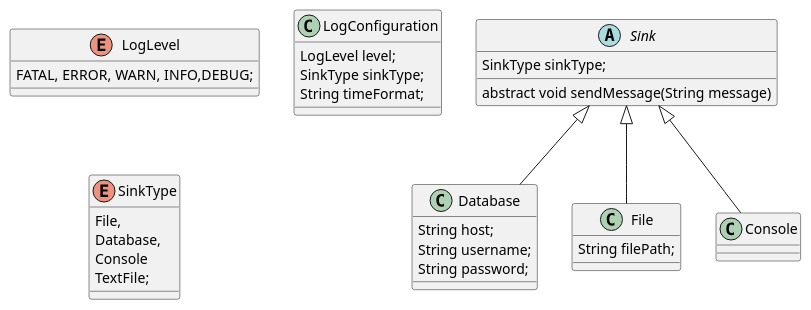
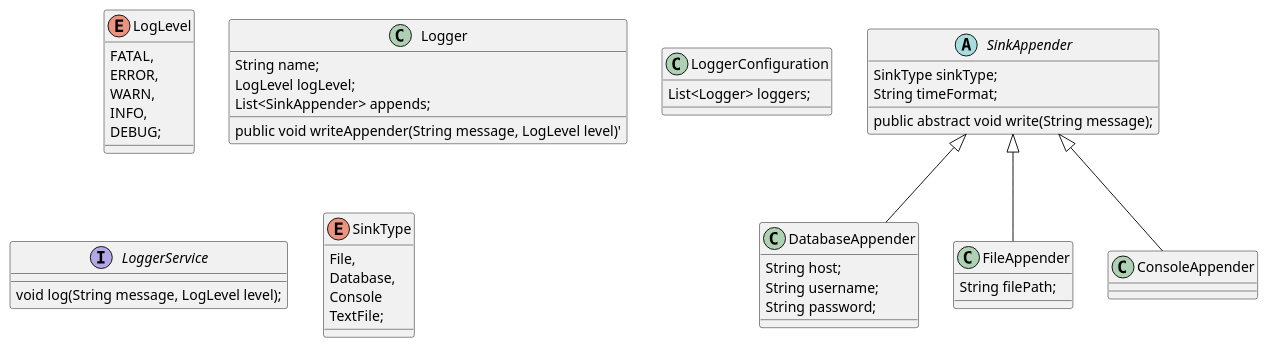
One commit to praveen0raj/lld-logger changed the diagram in src/main/resources/static/models.puml. Above: the diagram before and after it, drawn with PlantUML. The commit also changed 12 other files, not shown here.

```diff
--- a/src/main/resources/static/models.puml
+++ b/src/main/resources/static/models.puml
@@ -1,39 +1,54 @@
 @startuml
 enum LogLevel{
-    FATAL, ERROR, WARN, INFO,DEBUG;
+    FATAL,
+    ERROR,
+    WARN,
+    INFO,
+    DEBUG;
 }
 
-class LogConfiguration{
-    LogLevel level;
+class Logger{
+     String name;
+     LogLevel logLevel;
+     List<SinkAppender> appends;
+     public void writeAppender(String message, LogLevel level)'
+}
+
+class LoggerConfiguration {
+    List<Logger> loggers;
+}
+
+interface LoggerService {
+    void log(String message, LogLevel level);
+}
+
+abstract class SinkAppender {
     SinkType sinkType;
     String timeFormat;
+    public abstract void write(String message);
 }
 
-abstract class Sink{
-    SinkType sinkType;
-    abstract void sendMessage(String message)
-}
 
-class Database extends Sink{
+class DatabaseAppender extends SinkAppender{
     String host;
     String username;
     String password;
 }
 
-class File extends Sink{
+class FileAppender extends SinkAppender{
     String filePath;
 }
 
-class Console extends Sink{
+class ConsoleAppender extends SinkAppender{
 
 }
 
 enum SinkType{
     File,
     Database,
     Console
     TextFile;
 
 }
 
 @enduml
```
